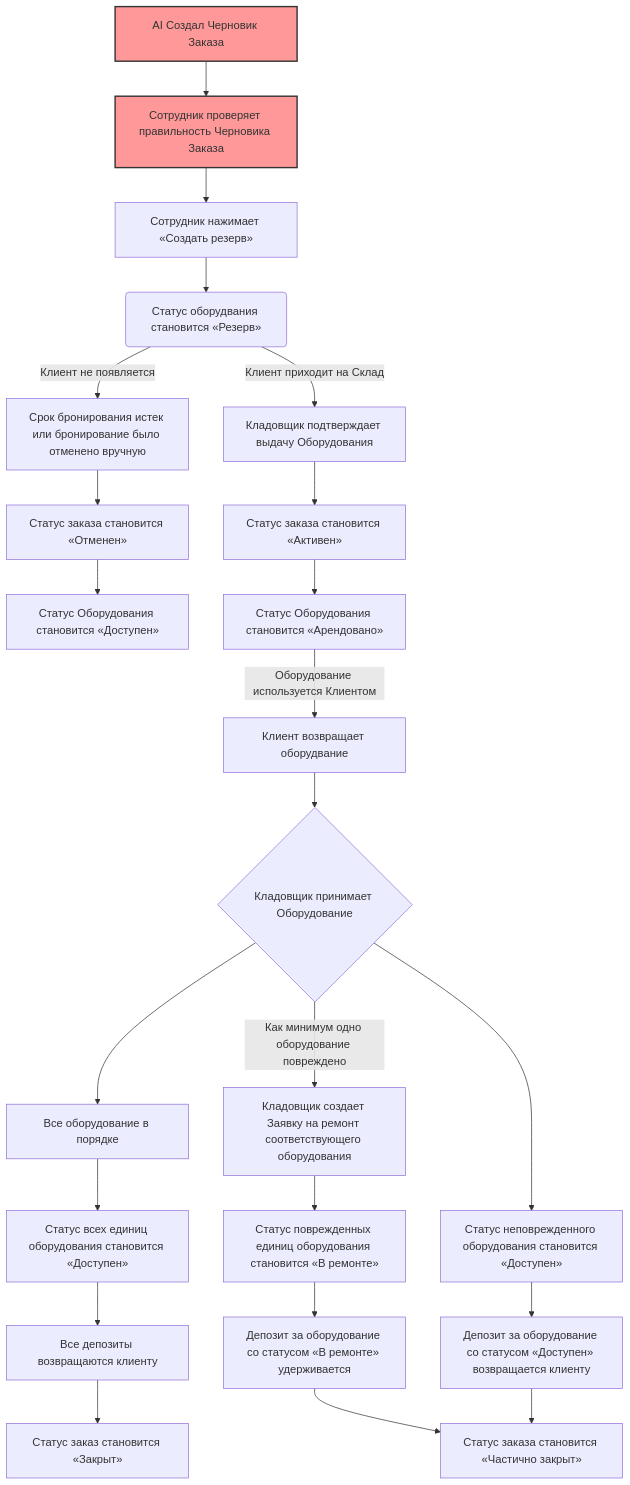
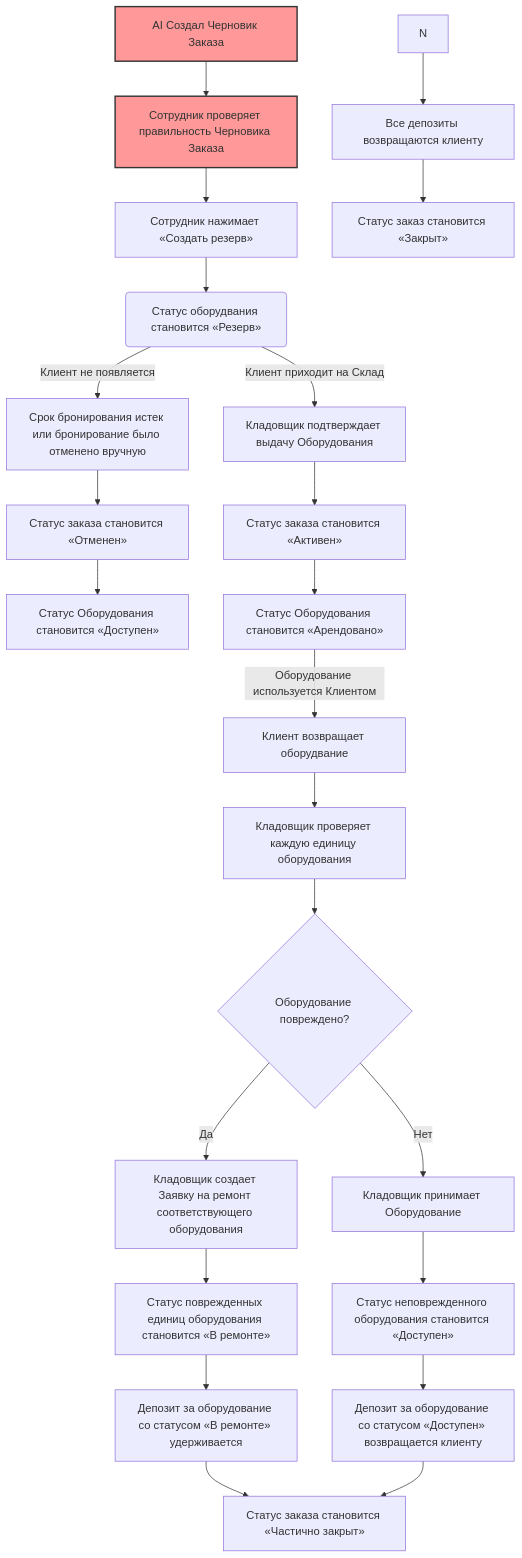
One commit to Diamko94/rentals1 changed the diagram in flowchart4.md. Above: the diagram before and after it, drawn with Mermaid.

````diff
--- a/flowchart4.md
+++ b/flowchart4.md
@@ -1,41 +1,42 @@
 ```mermaid
 flowchart TD
 
  %% Выделение цветом
     style D0 fill:#ff9999,stroke:#333,stroke-width:2px
     style D00 fill:#ff9999,stroke:#333,stroke-width:2px
 
   
 
     %% Подтверждение
     D0[AI Создал Черновик Заказа]
     D0 --> D00[Сотрудник проверяет правильность Черновика Заказа]
 
     D00 --> D1[Сотрудник нажимает «Создать резерв»]
     D1 --> B(Статус оборудвания становится «Резерв»)
 
     %% Выдача
     B --> |Клиент приходит на Склад| I[Кладовщик подтверждает выдачу Оборудования]
     B --> |Клиент не появляется| E[Срок бронирования истек или бронирование было отменено вручную]
     E --> F[Статус заказа становится «Отменен»]
     I --> J[Статус заказа становится «Активен»]
     F --> C[Статус Оборудования становится «Доступен»]
     J --> X[Статус Оборудования становится «Арендовано»]
 
     %% Возврат
     X --> |Оборудование используется Клиентом| K[Клиент возвращает оборудвание]
-    K --> L{Кладовщик принимает Оборудование}
-    L --> M[Все оборудование в порядке] 
-    M --> N[Статус всех единиц оборудования становится «Доступен»]
-    L --> |Как минимум одно оборудование повреждено| P[Кладовщик создает Заявку на ремонт соответствующего оборудования]
+    K --> L[Кладовщик проверяет каждую единицу оборудования]
+    L --> M{Оборудование повреждено?}
+    
+    M --> |Да| P[Кладовщик создает Заявку на ремонт соответствующего оборудования]
     P --> R[Статус поврежденных единиц оборудования становится «В ремонте»]
-    L --> T[Статус неповрежденного оборудования становится «Доступен»]
+    M --> |Нет| P1[Кладовщик принимает Оборудование]
+    P1 --> T[Статус неповрежденного оборудования становится «Доступен»]
 
     %% Расчет
     N --> Q[Все депозиты возвращаются клиенту]
     Q --> V[Статус заказ становится «Закрыт»]
     R --> S[Депозит за оборудование со статусом «В ремонте» удерживается]
     T --> U[Депозит за оборудование со статусом «Доступен» возвращается клиенту]
     S --> W[Статус заказа становится «Частично закрыт»]
     U --> W[Статус заказа становится «Частично закрыт»]
 ```
````
